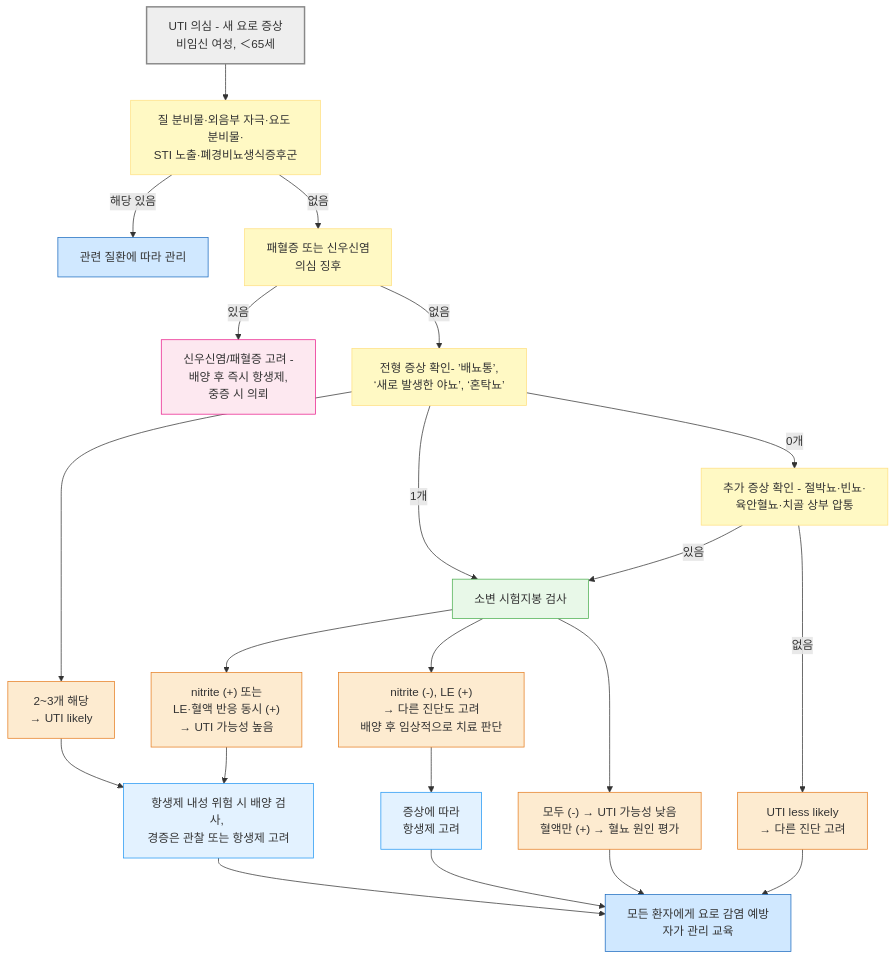
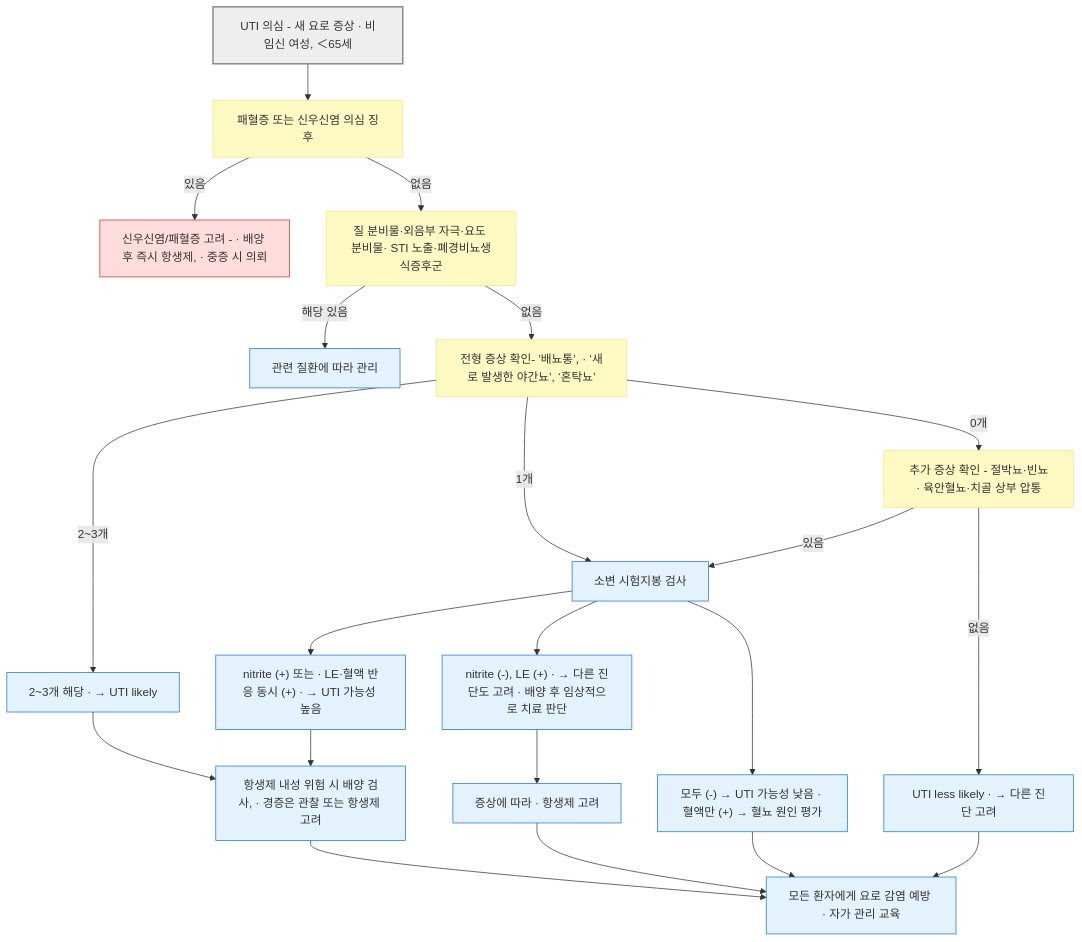
One commit to familyoh77/familyoh77 changed the first of 5 diagrams in 227_/113_-urinary-tract-infection.md. Above: the diagram before and after it, drawn with Mermaid. The commit also changed other lines of this file and 10 other files, not shown here.

````diff
--- a/227_/113_-urinary-tract-infection.md
+++ b/227_/113_-urinary-tract-infection.md
@@ -123,37 +123,38 @@
 ```mermaid
 graph TD
-    A["UTI 의심 - 새 요로 증상<br/>비임신 여성, ＜65세"] --> 
-B["질 분비물·외음부 자극·요도 분비물·<br/>STI 노출·폐경비뇨생식증후군"]
-    B -->|해당 있음| B1["관련 질환에 따라 관리"]
-    B -->|없음| C["패혈증 또는 신우신염 <br/>의심 징후"]
-    C -->|있음| C1["신우신염/패혈증 고려 - <br/>배양 후 즉시 항생제, <br/>중증 시 의뢰"]
-    C -->|없음| D["전형 증상 확인- ’배뇨통’, <br/>‘새로 발생한 야뇨’, ‘혼탁뇨’"]
-    D --> E["2~3개 해당 <br/>→ UTI likely"]
-    D -->|1개| I["소변 시험지봉 검사"]
-    D -->|0개| G["추가 증상 확인 - 절박뇨·빈뇨·<br/>육안혈뇨·치골 상부 압통"]
-    G -->|있음| I
-    I --> J["nitrite (+) 또는<br/>LE·혈액 반응 동시 (+)<br/>→ UTI 가능성 높음"]
-    I --> K["nitrite (-), LE (+)<br/>→ 다른 진단도 고려<br/>배양 후 임상적으로 치료 판단"]
-    I --> L["모두 (-) → UTI 가능성 낮음<br/>혈액만 (+) → 혈뇨 원인 평가"]
-    E --> M["항생제 내성 위험 시 배양 검사, <br/>경증은 관찰 또는 항생제 고려"]
+    A["UTI 의심 - 새 요로 증상 · 비임신 여성, ＜65세"] --> C
+    B["질 분비물·외음부 자극·요도 분비물· STI 노출·폐경비뇨생식증후군"]
+    B -- "해당 있음" --> B1["관련 질환에 따라 관리"]
+    C["패혈증 또는 신우신염 의심 징후"]
+    C -- "있음" --> C1["신우신염/패혈증 고려 - · 배양 후 즉시 항생제, · 중증 시 의뢰"]
+    C -- "없음" --> B
+    B -- "없음" --> D["전형 증상 확인- ’배뇨통’, · ‘새로 발생한 야간뇨’, ‘혼탁뇨’"]
+    D -- "2~3개" --> E["2~3개 해당 · → UTI likely"]
+    D -- "1개" --> I["소변 시험지봉 검사"]
+    D -- "0개" --> G["추가 증상 확인 - 절박뇨·빈뇨· 육안혈뇨·치골 상부 압통"]
+    G -- "있음" --> I
+    I --> J["nitrite (+) 또는 · LE·혈액 반응 동시 (+) · → UTI 가능성 높음"]
+    I --> K["nitrite (-), LE (+) · → 다른 진단도 고려 · 배양 후 임상적으로 치료 판단"]
+    I --> L["모두 (-) → UTI 가능성 낮음 · 혈액만 (+) → 혈뇨 원인 평가"]
+    E --> M["항생제 내성 위험 시 배양 검사, · 경증은 관찰 또는 항생제 고려"]
     J --> M
-    K --> N["증상에 따라 <br/>항생제 고려"]
-    M --> O["모든 환자에게 요로 감염 예방<br/> 자가 관리 교육"]
+    K --> N["증상에 따라 · 항생제 고려"]
+    M --> O["모든 환자에게 요로 감염 예방 · 자가 관리 교육"]
     H --> O
     L --> O
     N --> O
-    G -->|없음| H["UTI less likely <br/>→ 다른 진단 고려"]
+    G -- "없음" --> H["UTI less likely · → 다른 진단 고려"]
 style A fill:#eeeeee,stroke:#888888,stroke-width:2px
 classDef yellow fill:#fff9c4,stroke:#ffe082
 class B,C,D,G yellow
-classDef lightGreen fill:#e8f8e8,stroke:#4caf50
+classDef lightGreen fill:#e3f2fd,stroke:#1976d2
 class I lightGreen
-classDef blue fill:#d0e8ff,stroke:#1a6abf
+classDef blue fill:#e3f2fd,stroke:#1976d2
 class B1,O blue
-classDef pink fill:#fde8f0,stroke:#e91e8c
+classDef pink fill:#ffdddd,stroke:#d32f2f
 class C1 pink
-classDef orange fill:#fdebd0,stroke:#e67e22
+classDef orange fill:#e3f2fd,stroke:#1976d2
 class E,H,J,K,L orange
-classDef sky fill:#e3f2ff,stroke:#2196f3
+classDef sky fill:#e3f2fd,stroke:#1976d2
 class N,M sky
 ```
````
